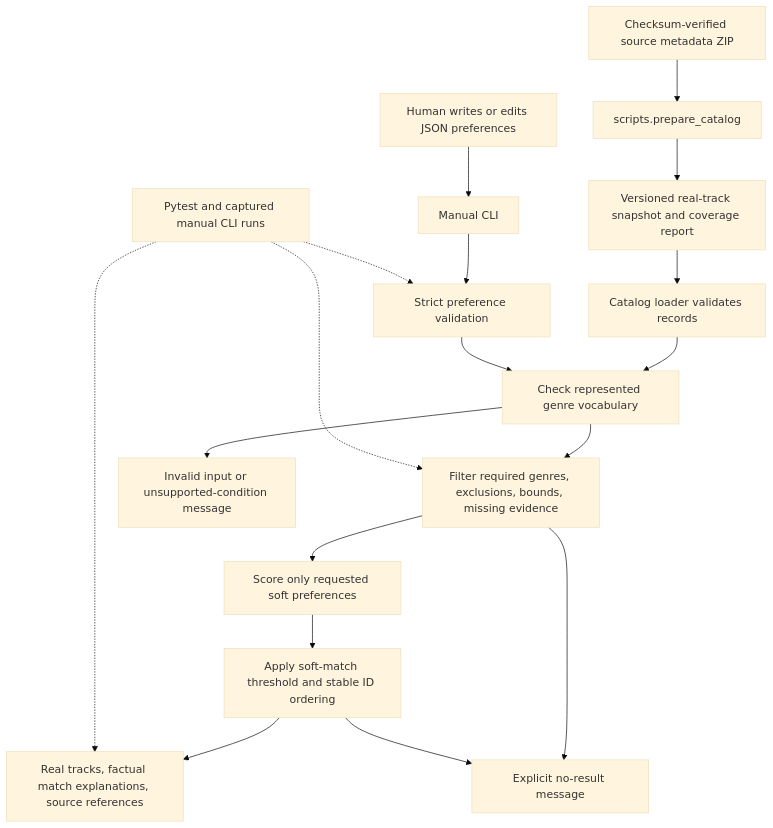
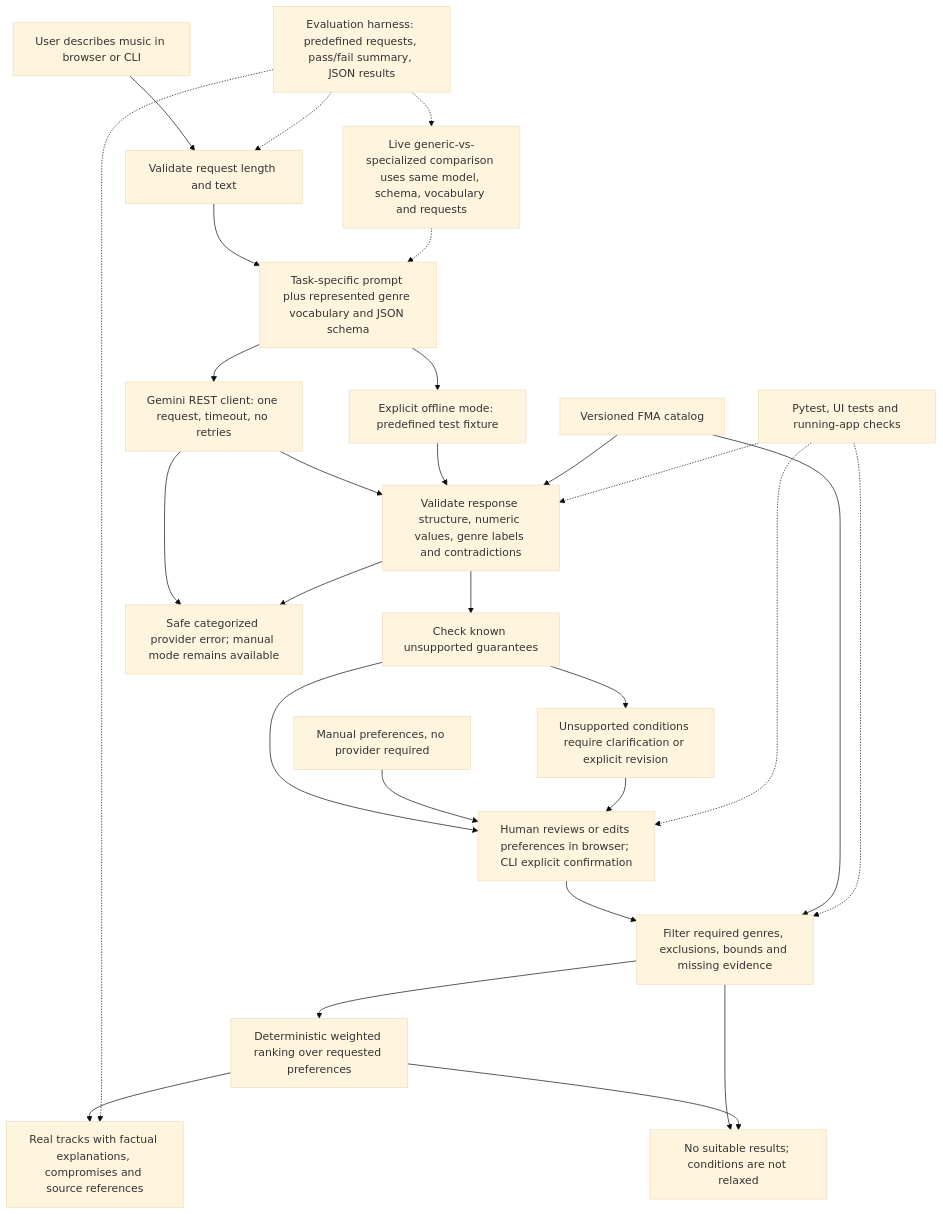
Before and after one commit to alexreifel/ai110-applied-ai-system-project: the diagram in diagrams/architecture.mmd, drawn with Mermaid (base theme). The commit also changed 43 other files, not shown here.

Commit message:
Integrate music assistant, browser review, and evaluation harness

```diff
--- a/diagrams/architecture.mmd
+++ b/diagrams/architecture.mmd
@@ -1,19 +1,28 @@
-%% Pass 1 implemented components only. Add LLM and browser flow when Pass 2 exists.
 flowchart TD
-    Z[Checksum-verified source metadata ZIP] --> B[scripts.prepare_catalog]
-    B --> D[Versioned real-track snapshot and coverage report]
-    U[Human writes or edits JSON preferences] --> C[Manual CLI]
-    C --> P[Strict preference validation]
-    D --> L[Catalog loader validates records]
-    L --> V[Check represented genre vocabulary]
-    P --> V
-    V --> F[Filter required genres, exclusions, bounds, missing evidence]
-    F --> S[Score only requested soft preferences]
-    S --> T[Apply soft-match threshold and stable ID ordering]
-    T --> O[Real tracks, factual match explanations, source references]
-    V --> E[Invalid input or unsupported-condition message]
-    F --> N[Explicit no-result message]
-    T --> N
-    Q[Pytest and captured manual CLI runs] -.-> P
-    Q -.-> F
+    U[User describes music in browser or CLI] --> I[Validate request length and text]
+    I --> P[Task-specific prompt plus represented genre vocabulary and JSON schema]
+    P --> G[Gemini REST client: one request, timeout, no retries]
+    P --> X[Explicit offline mode: predefined test fixture]
+    G --> V[Validate response structure, numeric values, genre labels and contradictions]
+    X --> V
+    V --> B[Check known unsupported guarantees]
+    B --> H[Human reviews or edits preferences in browser; CLI explicit confirmation]
+    M[Manual preferences, no provider required] --> H
+    H --> F[Filter required genres, exclusions, bounds and missing evidence]
+    D[Versioned FMA catalog] --> V
+    D --> F
+    F --> R[Deterministic weighted ranking over requested preferences]
+    R --> O[Real tracks with factual explanations, compromises and source references]
+    G --> E[Safe categorized provider error; manual mode remains available]
+    V --> E
+    B --> C[Unsupported conditions require clarification or explicit revision]
+    C --> H
+    F --> N[No suitable results; conditions are not relaxed]
+    R --> N
+    T[Pytest, UI tests and running-app checks] -.-> V
+    T -.-> H
+    T -.-> F
+    Q[Evaluation harness: predefined requests, pass/fail summary, JSON results] -.-> I
     Q -.-> O
+    Q -.-> A[Live generic-vs-specialized comparison uses same model, schema, vocabulary and requests]
+    A -.-> P
```
